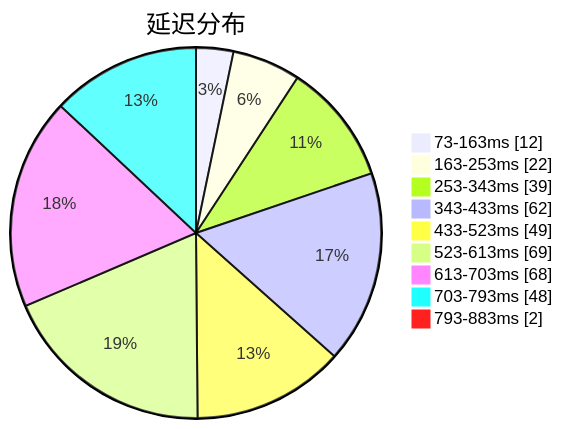
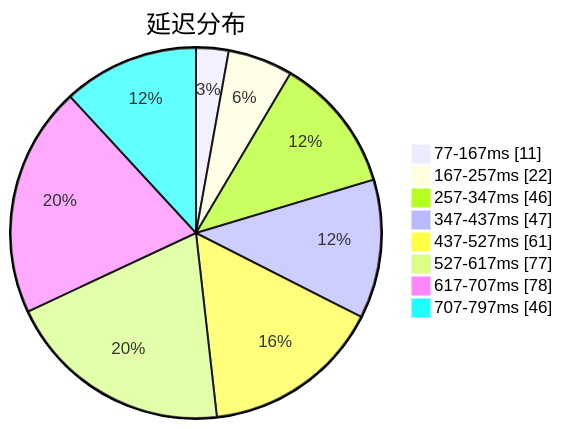
One commit to sinspired/airport changed the first of 3 diagrams in subs/statistics/tested_within.md. Above: the diagram before and after it, drawn with Mermaid. The commit also changed other lines of this file and 2 other files, not shown here.

````diff
--- a/subs/statistics/tested_within.md
+++ b/subs/statistics/tested_within.md
@@ -2,13 +2,12 @@
 ```mermaid
 pie showData
 title 延迟分布
-"73-163ms" : 12
-"163-253ms" : 22
-"253-343ms" : 39
-"343-433ms" : 62
-"433-523ms" : 49
-"523-613ms" : 69
-"613-703ms" : 68
-"703-793ms" : 48
-"793-883ms" : 2
+"77-167ms" : 11
+"167-257ms" : 22
+"257-347ms" : 46
+"347-437ms" : 47
+"437-527ms" : 61
+"527-617ms" : 77
+"617-707ms" : 78
+"707-797ms" : 46
 ```
````
